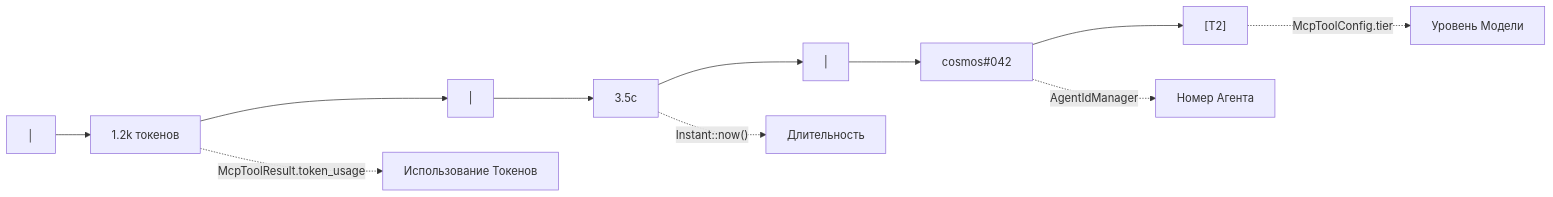
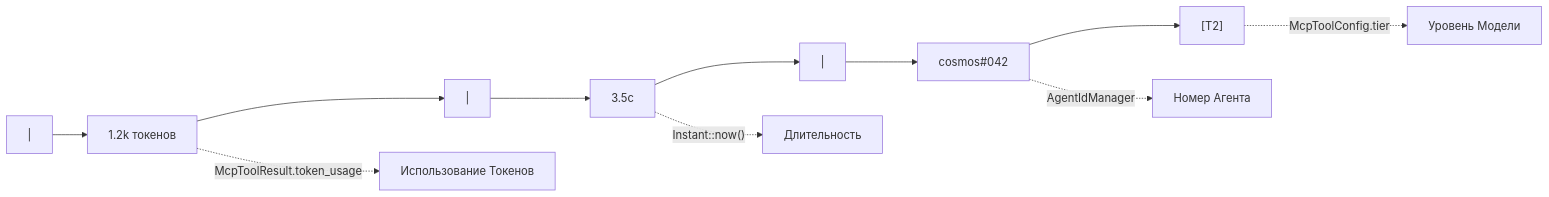
Before and after one commit to celestia-island/plana: the eighth of 9 diagrams in docs/ru/design/core/cosmos-scheduling.md, drawn with Mermaid. The commit also changed 6 other files, not shown here.

Commit message:
fix: replace stray Unicode box char in cosmos-scheduling mermaid (7 langs)

````diff
--- a/docs/ru/design/core/cosmos-scheduling.md
+++ b/docs/ru/design/core/cosmos-scheduling.md
@@ -242,9 +242,9 @@
 ```mermaid
 flowchart LR
-    BORDER["│"] --> TOK["1.2k токенов"] --> SEP1["|"] --> DUR["3.5с"] --> SEP2["|"] --> COSMOS["cosmos#042"] --> TIER["[T2]"]
+    BORDER["|"] --> TOK["1.2k токенов"] --> SEP1["|"] --> DUR["3.5с"] --> SEP2["|"] --> COSMOS["cosmos#042"] --> TIER["[T2]"]
 
     TOK -.->|"McpToolResult.token_usage"| SRC1["Использование Токенов"]
     DUR -.->|"Instant::now()"| SRC2["Длительность"]
     COSMOS -.->|"AgentIdManager"| SRC3["Номер Агента"]
     TIER -.->|"McpToolConfig.tier"| SRC4["Уровень Модели"]
 ```
````
